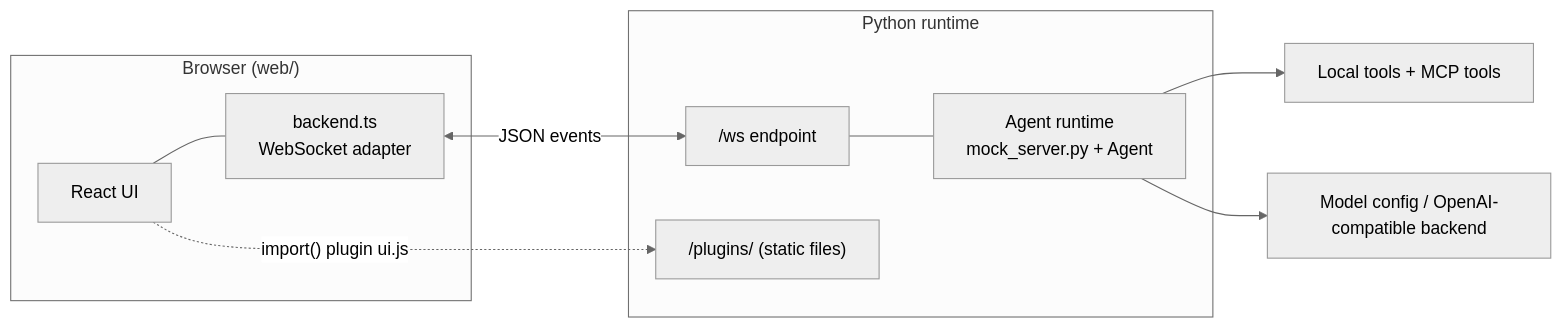
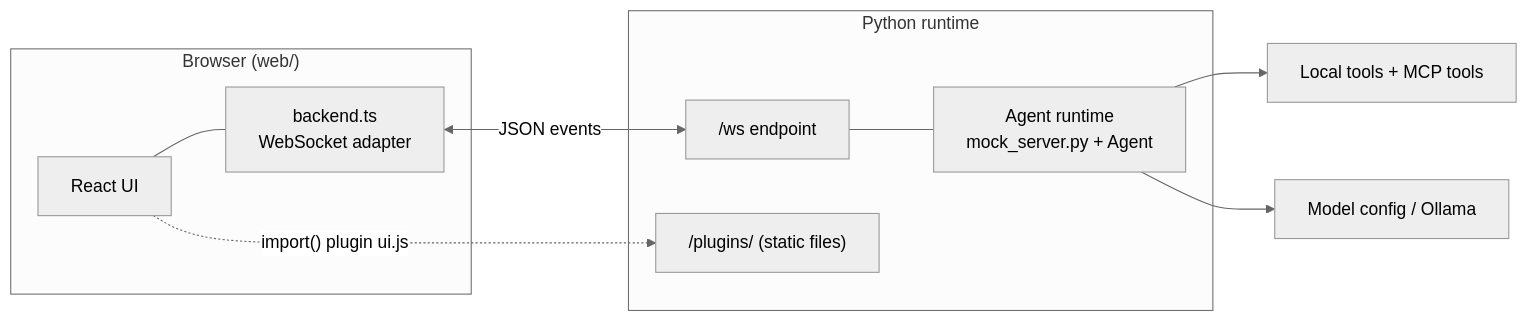
One commit to LS-Stray-Synapses/Axol changed the first of 2 diagrams in docs/Architecture/Front end.md. Above: the diagram before and after it, drawn with Mermaid (neutral theme). The commit also changed other lines of this file and 13 other files, not shown here.

Commit message:
- Chagned OpenAI to Ollama library - Added streaming for thinking, text, tool_call, tool_result, etc. - Updated documentations

````diff
--- a/docs/Architecture/Front end.md
+++ b/docs/Architecture/Front end.md
@@ -16,14 +16,14 @@
 ```mermaid
 flowchart LR
     subgraph Browser["Browser (web/)"]
         UI[React UI] --- B[backend.ts<br/>WebSocket adapter]
     end
     subgraph Server["Python runtime"]
         WS["/ws endpoint"] --- H[Agent runtime<br/>mock_server.py + Agent]
         P["/plugins/ (static files)"]
     end
     B <-- "JSON events" --> WS
     UI -. "import() plugin ui.js" .-> P
     H --> Tools[Local tools + MCP tools]
-    H --> Models[Model config / OpenAI-compatible backend]
+    H --> Models[Model config / Ollama]
 ```
````
